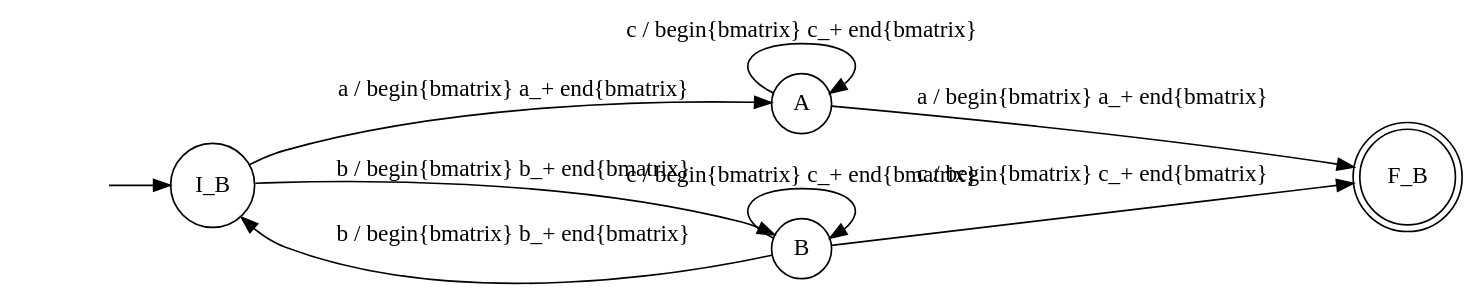
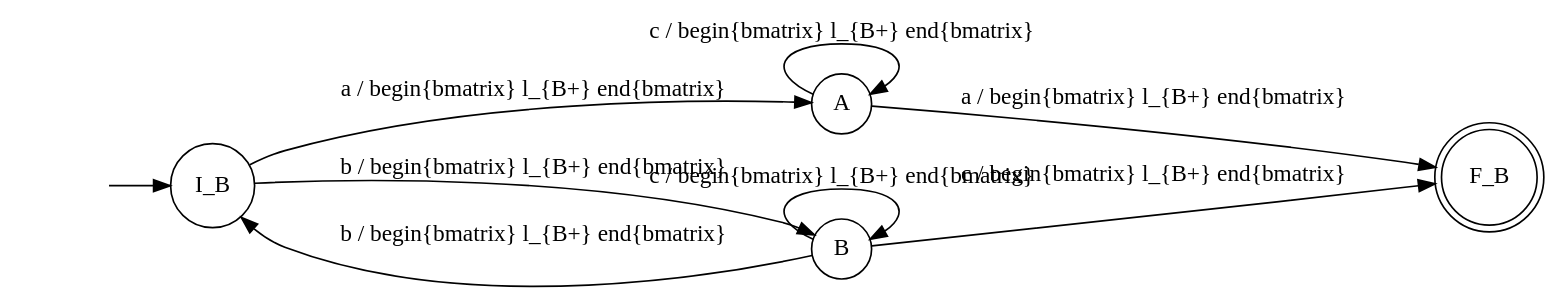
Before and after one commit to amandasystems/incremental-parikh-images: the diagram in b.dot, drawn with Graphviz. The commit also changed 9 other files, not shown here.

```diff
--- a/b.dot
+++ b/b.dot
@@ -1,15 +1,15 @@
 digraph Automaton {rankdir = LR;
 initial [shape=plaintext,label=""];
 initial -> S;
 A [shape=circle,label="A"];
-A -> F [label="a / \begin{bmatrix} a_+ \end{bmatrix} "]
-A -> A [label="c / \begin{bmatrix} c_+ \end{bmatrix} "]
+A -> F [label="a / \begin{bmatrix} l_{B+} \end{bmatrix} "]
+A -> A [label="c / \begin{bmatrix} l_{B+} \end{bmatrix} "]
 B [shape=circle,label="B"];
-B -> S [label="b / \begin{bmatrix} b_+ \end{bmatrix}"]
-B -> B [label="c / \begin{bmatrix} c_+ \end{bmatrix}"]
-B -> F [label="c / \begin{bmatrix} c_+ \end{bmatrix}"]
+B -> S [label="b / \begin{bmatrix} l_{B+} \end{bmatrix}"]
+B -> B [label="c / \begin{bmatrix} l_{B+} \end{bmatrix}"]
+B -> F [label="c / \begin{bmatrix} l_{B+} \end{bmatrix}"]
 F [shape=doublecircle,label="F_B"];
 S [shape=circle,label="I_B"];
-S -> A [label="a / \begin{bmatrix} a_+ \end{bmatrix}"]
-S -> B [label="b / \begin{bmatrix} b_+ \end{bmatrix}"]
+S -> A [label="a / \begin{bmatrix} l_{B+} \end{bmatrix}"]
+S -> B [label="b / \begin{bmatrix} l_{B+} \end{bmatrix}"]
 }
```
